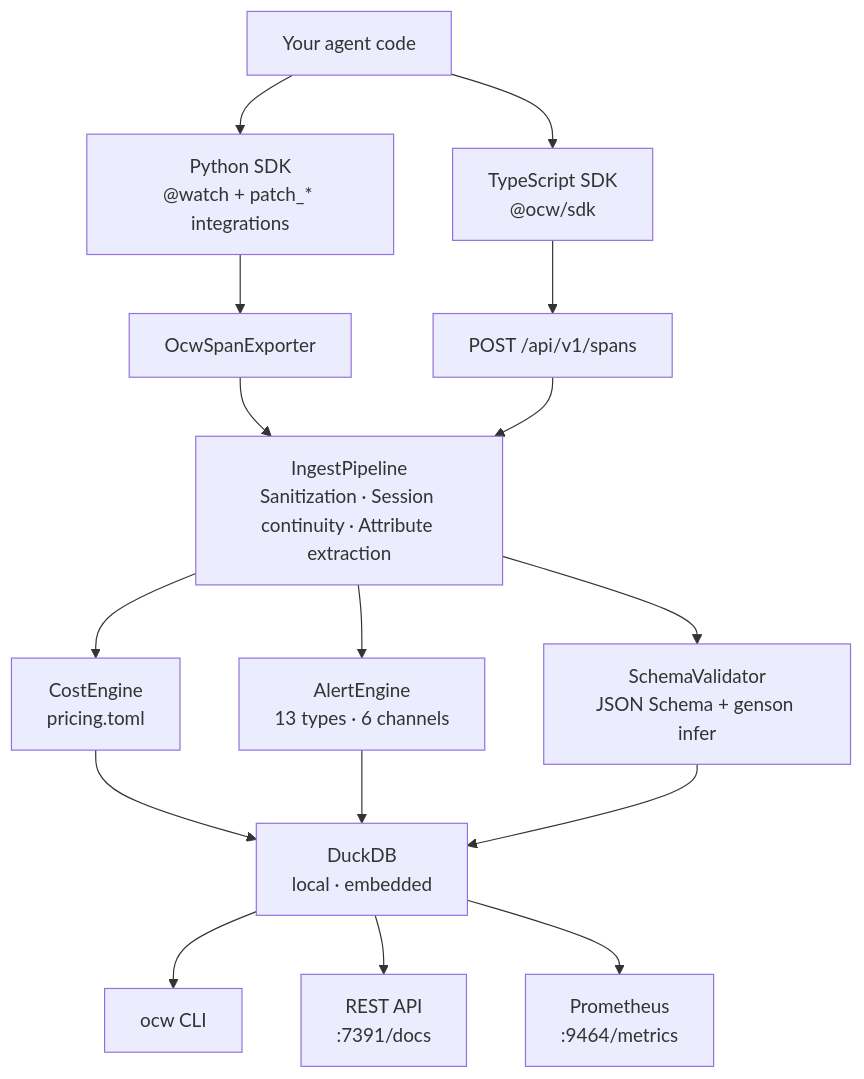
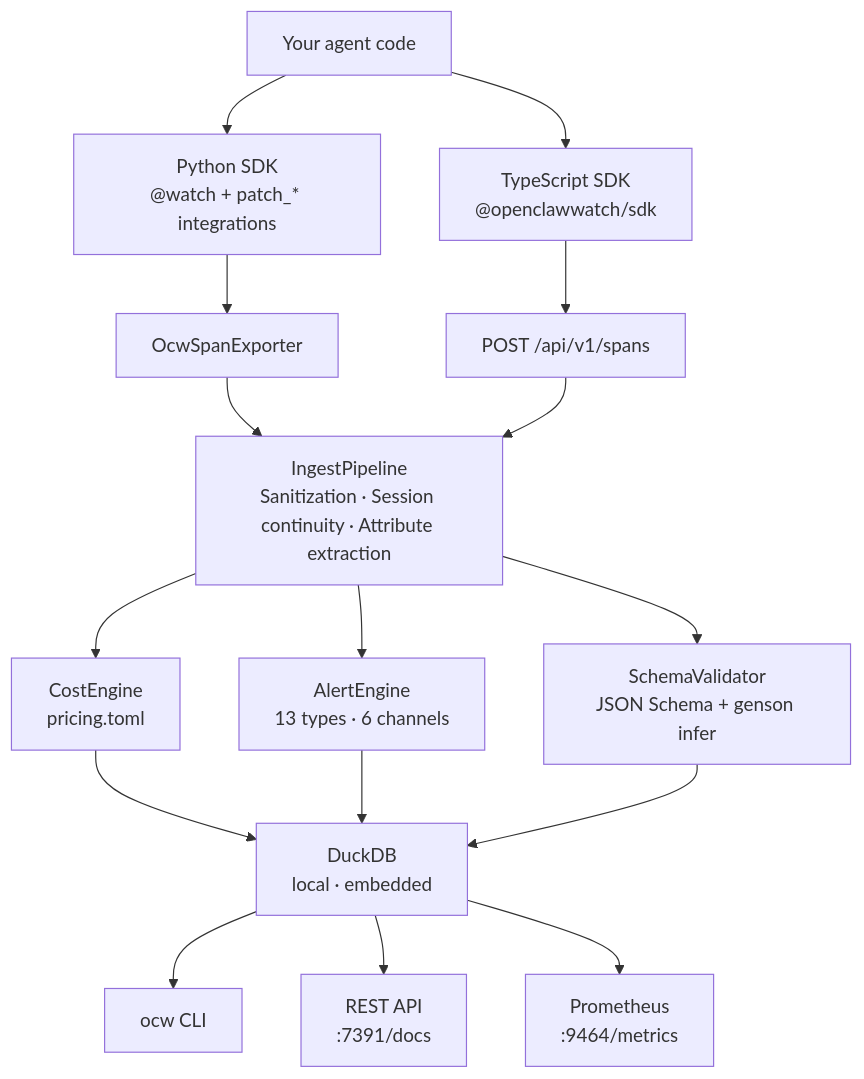
One commit to Metabuilder-Labs/openclawwatch changed the diagram in README.md. Above: the diagram before and after it, drawn with Mermaid. The commit also changed other lines of this file and 7 other files, not shown here.

Commit message:
Rename npm package from @ocw/sdk to @openclawwatch/sdk

````diff
--- a/README.md
+++ b/README.md
@@ -232,27 +232,27 @@
 ```mermaid
 flowchart TD
     Agent["Your agent code"]
 
     Agent --> PythonSDK["Python SDK\n@watch + patch_* integrations"]
-    Agent --> TypeScriptSDK["TypeScript SDK\n@ocw/sdk"]
+    Agent --> TypeScriptSDK["TypeScript SDK\n@openclawwatch/sdk"]
 
     PythonSDK --> Exporter["OcwSpanExporter"]
     TypeScriptSDK --> HTTP["POST /api/v1/spans"]
 
     Exporter --> Ingest
     HTTP --> Ingest
 
     Ingest["IngestPipeline\nSanitization · Session continuity · Attribute extraction"]
 
     Ingest --> Cost["CostEngine\npricing.toml"]
     Ingest --> Alerts["AlertEngine\n13 types · 6 channels"]
     Ingest --> Schema["SchemaValidator\nJSON Schema + genson infer"]
 
     Cost --> DB["DuckDB\nlocal · embedded"]
     Alerts --> DB
     Schema --> DB
 
     DB --> CLI["ocw CLI"]
     DB --> API["REST API\n:7391/docs"]
     DB --> Prom["Prometheus\n:9464/metrics"]
 ```
````
